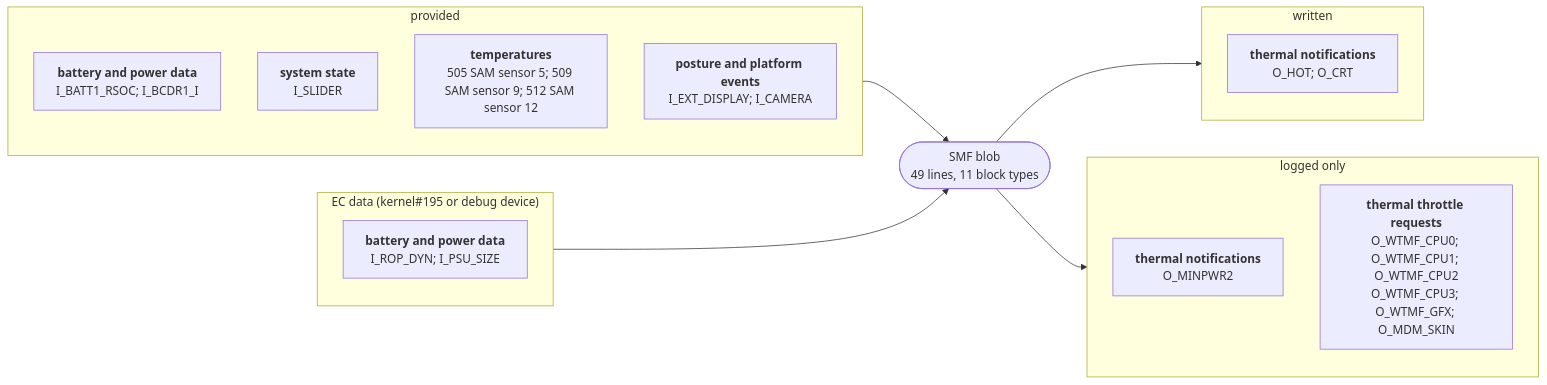
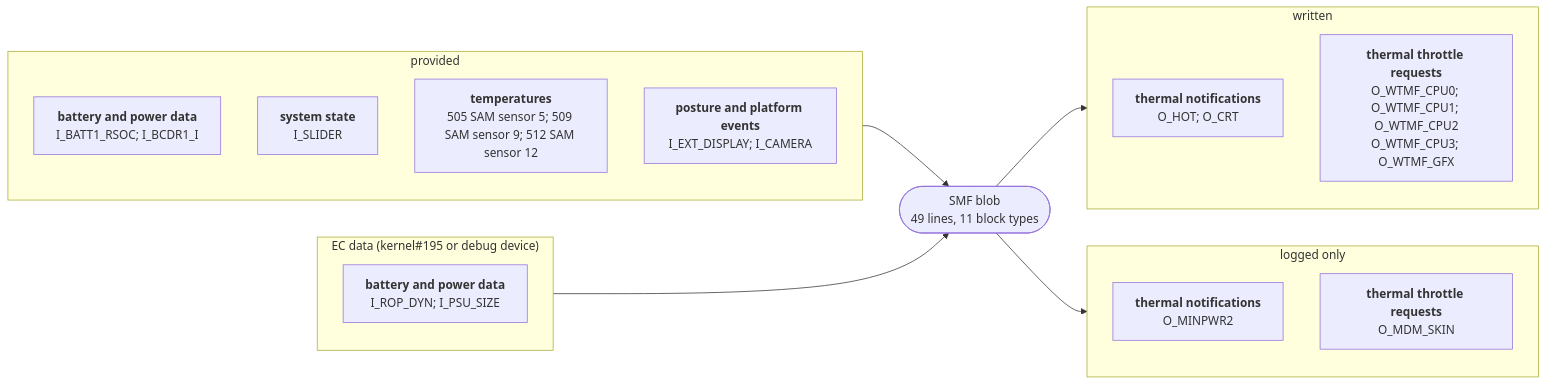
The diagram in docs/devices/surface-pro-9-5g.md (larsschellhas/linux-surface-power), drawn with Mermaid before and after one commit. The commit also changed other lines of this file and 36 other files, not shown here.

First line of the commit message:
Throttle requests through cpufreq/GPU caps; fan and charging outputs analysed

````diff
--- a/docs/devices/surface-pro-9-5g.md
+++ b/docs/devices/surface-pro-9-5g.md
@@ -19,24 +19,25 @@
 ```mermaid
 flowchart LR
     subgraph IN0["provided"]
         I0_28B7BD85["<b>battery and power data</b><br/>I_BATT1_RSOC; I_BCDR1_I"]
         I0_2DD6960F["<b>system state</b><br/>I_SLIDER"]
         I0_2E8B14C2["<b>temperatures</b><br/>505 SAM sensor 5; 509 SAM sensor 9; 512 SAM sensor 12"]
         I0_8060B17F["<b>posture and platform events</b><br/>I_EXT_DISPLAY; I_CAMERA"]
     end
     IN0 --> B
     subgraph IN1["EC data (kernel#195 or debug device)"]
         I1_28B7BD85["<b>battery and power data</b><br/>I_ROP_DYN; I_PSU_SIZE"]
     end
     IN1 --> B
     B(["SMF blob<br/>49 lines, 11 block types"])
     subgraph OUT0["written"]
         O0_110DF2A4["<b>thermal notifications</b><br/>O_HOT; O_CRT"]
+        O0_9BBB8910["<b>thermal throttle requests</b><br/>O_WTMF_CPU0; O_WTMF_CPU1; O_WTMF_CPU2<br/>O_WTMF_CPU3; O_WTMF_GFX"]
     end
     B --> OUT0
     subgraph OUT1["logged only"]
         O1_110DF2A4["<b>thermal notifications</b><br/>O_MINPWR2"]
-        O1_9BBB8910["<b>thermal throttle requests</b><br/>O_WTMF_CPU0; O_WTMF_CPU1; O_WTMF_CPU2<br/>O_WTMF_CPU3; O_WTMF_GFX; O_MDM_SKIN"]
+        O1_9BBB8910["<b>thermal throttle requests</b><br/>O_MDM_SKIN"]
     end
     B --> OUT1
 ```
````
